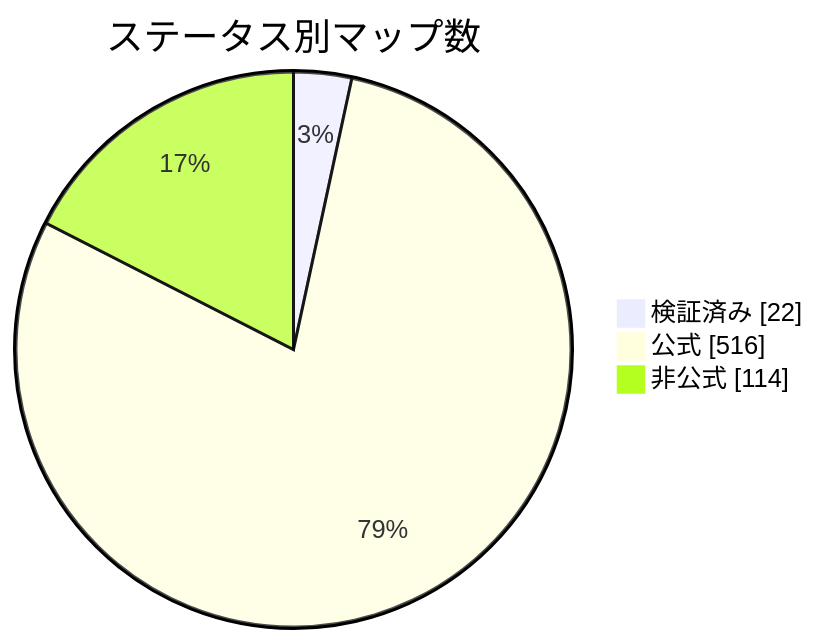
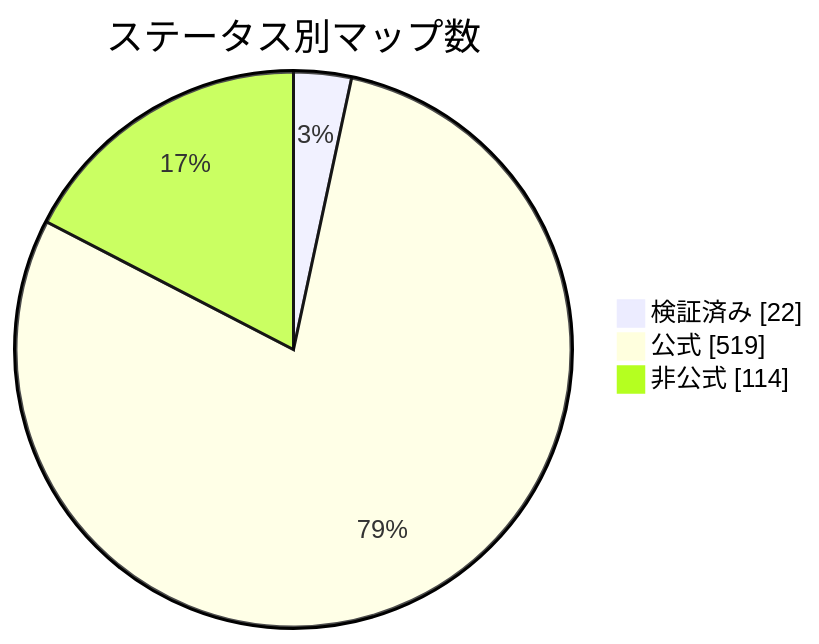
One commit to nobrega8/mbmap-library changed the diagram in docs/readme/README_JP.md. Above: the diagram before and after it, drawn with Mermaid. The commit also changed 8 other files, not shown here.

````diff
--- a/docs/readme/README_JP.md
+++ b/docs/readme/README_JP.md
@@ -54,7 +54,7 @@
 ```mermaid
 pie showData
     title ステータス別マップ数
     "検証済み" : 22
-    "公式" : 516
+    "公式" : 519
     "非公式" : 114
 ```
````
